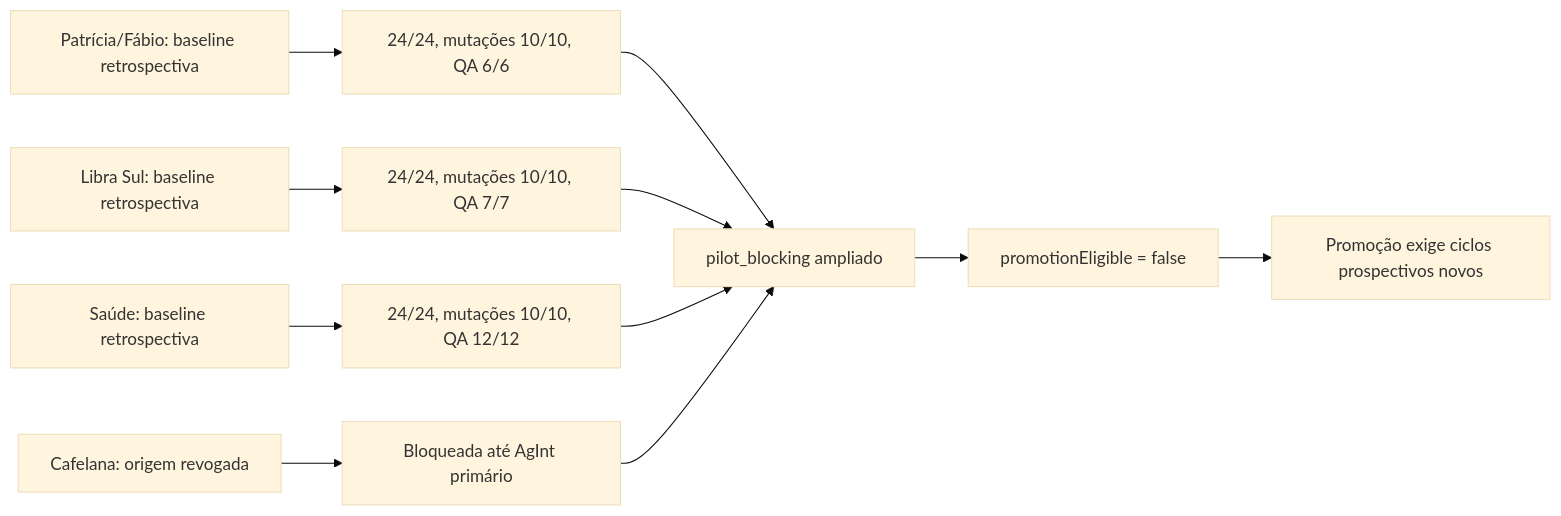
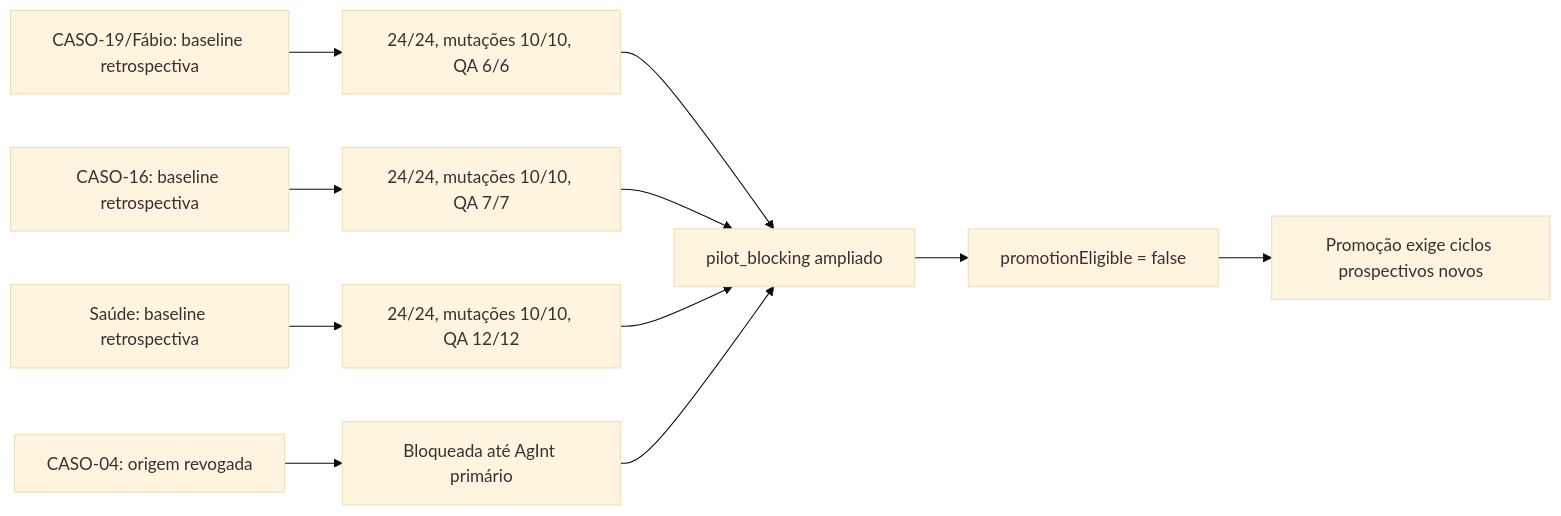
Before and after one commit to igormorais123/forja-motor: diagram 14 of 18 in _FORJA_HARNESS/planejamento/13_DIAGRAMAS_FORJA_N4_RACIOCINIO_PROVA_CIENCIA.md, drawn with Mermaid (base theme). The commit also changed 2510 other files, not shown here.

````diff
--- a/_FORJA_HARNESS/planejamento/13_DIAGRAMAS_FORJA_N4_RACIOCINIO_PROVA_CIENCIA.md
+++ b/_FORJA_HARNESS/planejamento/13_DIAGRAMAS_FORJA_N4_RACIOCINIO_PROVA_CIENCIA.md
@@ -438,13 +438,13 @@
 ```mermaid
 flowchart LR
-    P["Patrícia/Fábio: baseline retrospectiva"] --> OK["24/24, mutações 10/10, QA 6/6"]
-    L["Libra Sul: baseline retrospectiva"] --> OK2["24/24, mutações 10/10, QA 7/7"]
+    P["CASO-19/Fábio: baseline retrospectiva"] --> OK["24/24, mutações 10/10, QA 6/6"]
+    L["CASO-16: baseline retrospectiva"] --> OK2["24/24, mutações 10/10, QA 7/7"]
     S["Saúde: baseline retrospectiva"] --> OK3["24/24, mutações 10/10, QA 12/12"]
-    C["Cafelana: origem revogada"] --> STOP["Bloqueada até AgInt primário"]
+    C["CASO-04: origem revogada"] --> STOP["Bloqueada até AgInt primário"]
     OK --> MODE["pilot_blocking ampliado"]
     OK2 --> MODE
     OK3 --> MODE
     STOP --> MODE
     MODE --> NO["promotionEligible = false"]
     NO --> NEXT["Promoção exige ciclos prospectivos novos"]
 ```
````
